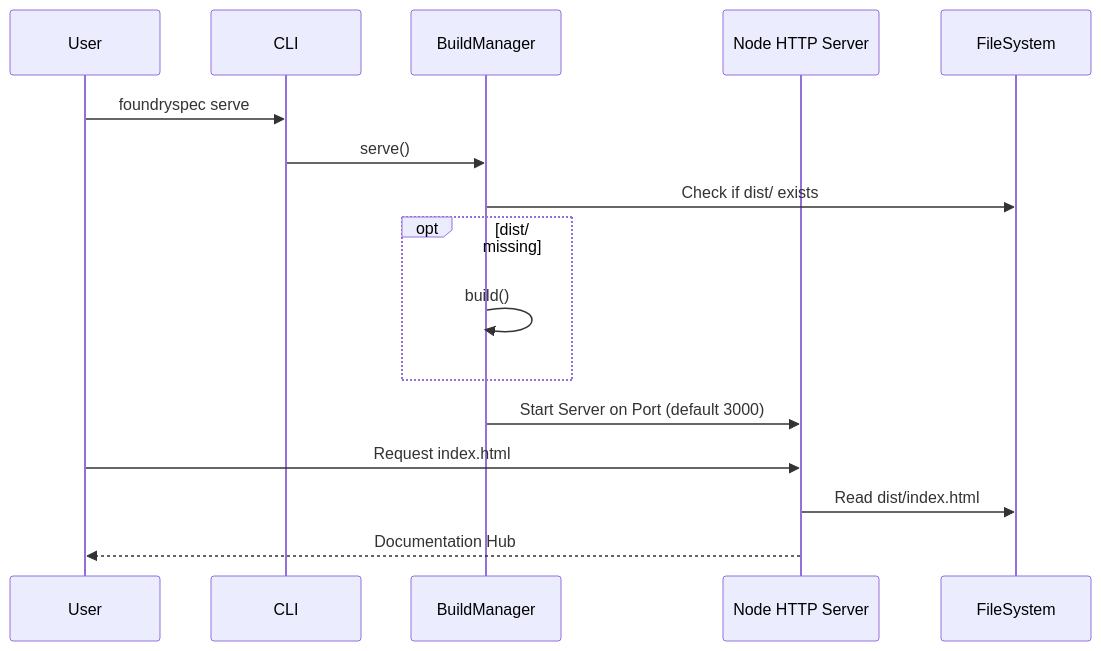
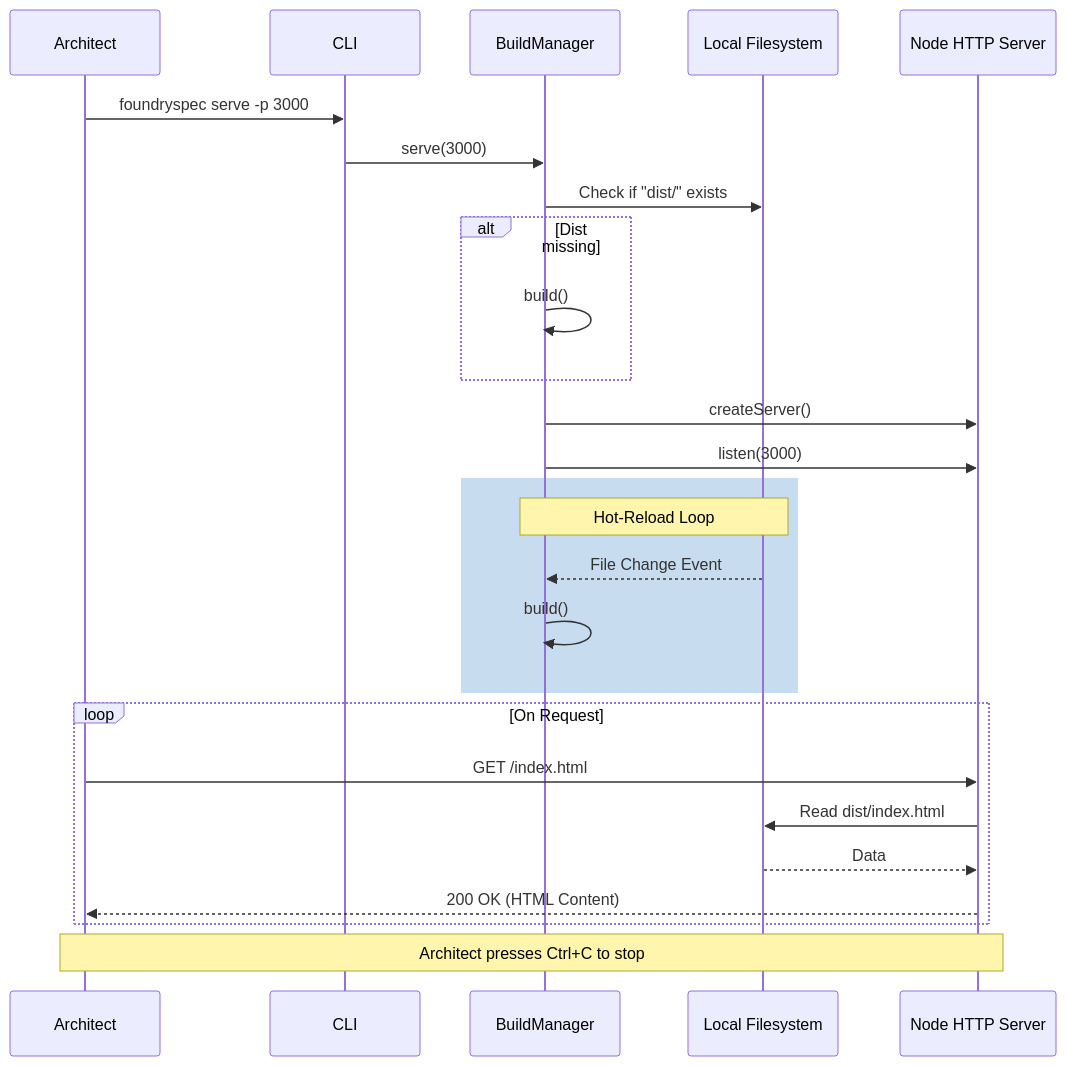
Before and after one commit to futurefoundai/foundryspec: the diagram in foundryspec/assets/sequences/serve.mermaid, drawn with Mermaid. The commit also changed 32 other files, not shown here.

Commit message:
feat: implement Discovery phase, auto-discovery, hot-reload, and system-wide architectural mapping (v1.0.2)

```diff
--- a/foundryspec/assets/sequences/serve.mermaid
+++ b/foundryspec/assets/sequences/serve.mermaid
@@ -1,17 +1,32 @@
 sequenceDiagram
-    participant U as User
-    participant C as CLI
-    participant B as BuildManager
-    participant H as Node HTTP Server
-    participant FS as FileSystem
+    participant Architect
+    participant CLI
+    participant BuildManager
+    participant FS as Local Filesystem
+    participant HTTP as Node HTTP Server
 
-    U->>C: foundryspec serve
-    C->>B: serve()
-    B->>FS: Check if dist/ exists
-    opt dist/ missing
-        B->>B: build()
+    Architect->>CLI: foundryspec serve -p 3000
+    CLI->>BuildManager: serve(3000)
+    
+    BuildManager->>FS: Check if "dist/" exists
+    alt Dist missing
+        BuildManager->>BuildManager: build()
     end
-    B->>H: Start Server on Port (default 3000)
-    U->>H: Request index.html
-    H->>FS: Read dist/index.html
-    H-->>U: Documentation Hub
+    
+    BuildManager->>HTTP: createServer()
+    BuildManager->>HTTP: listen(3000)
+    
+    rect rgb(200, 220, 240)
+        Note over BuildManager, FS: Hot-Reload Loop
+        FS-->>BuildManager: File Change Event
+        BuildManager->>BuildManager: build()
+    end
+
+    loop On Request
+        Architect->>HTTP: GET /index.html
+        HTTP->>FS: Read dist/index.html
+        FS-->>HTTP: Data
+        HTTP-->>Architect: 200 OK (HTML Content)
+    end
+    
+    Note over Architect, HTTP: Architect presses Ctrl+C to stop
```
